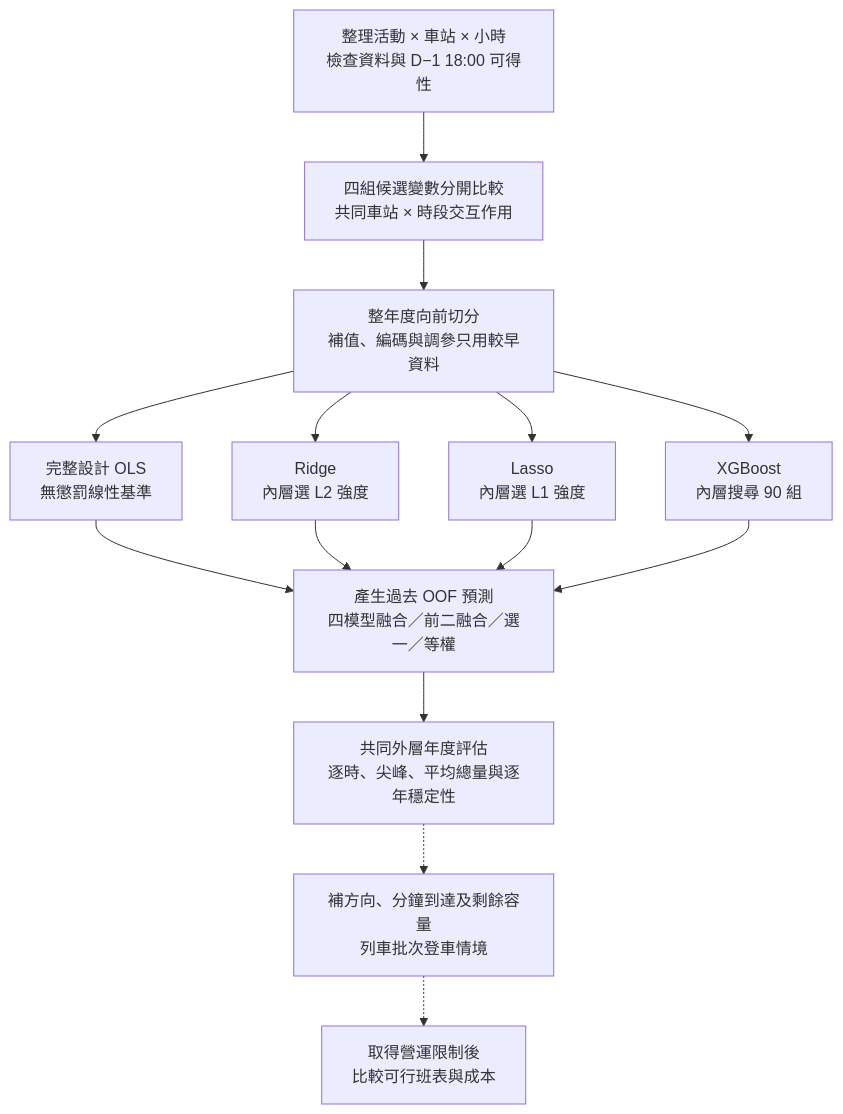
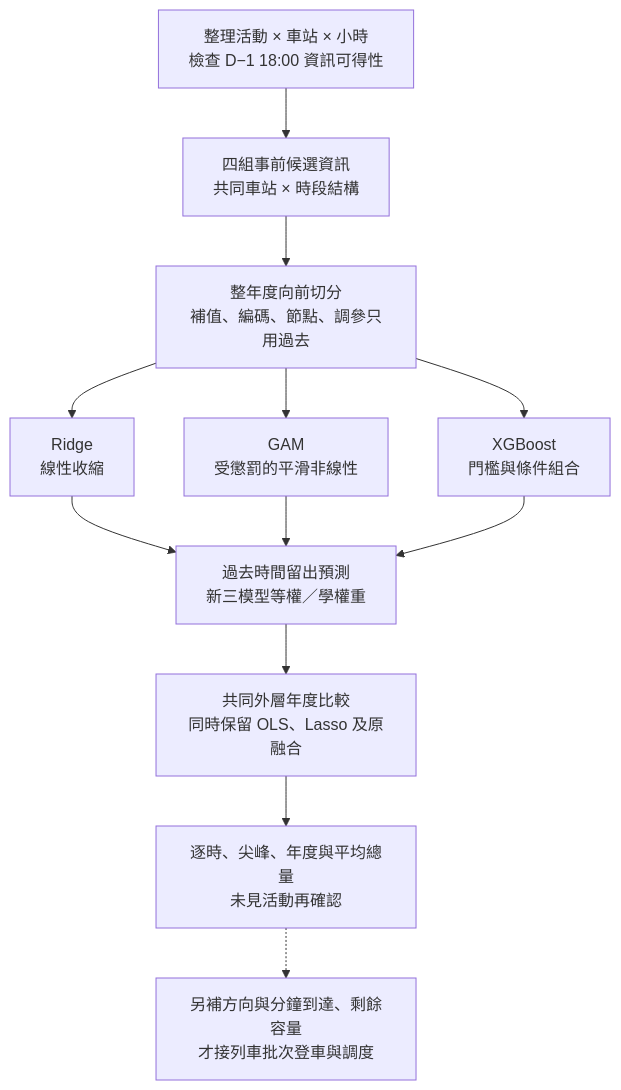
The diagram in README.md (410911316/Statistical-Practice-final), drawn with Mermaid before and after one commit. The commit also changed other lines of this file and 100 other files, not shown here.

````diff
--- a/README.md
+++ b/README.md
@@ -135,18 +136,17 @@
 ```mermaid
 flowchart TD
-    A["整理活動 × 車站 × 小時<br/>檢查資料與 D−1 18:00 可得性"]
-    B["四組候選變數分開比較<br/>共同車站 × 時段交互作用"]
-    C["整年度向前切分<br/>補值、編碼與調參只用較早資料"]
-    D["完整設計 OLS<br/>無懲罰線性基準"]
-    E["Ridge<br/>內層選 L2 強度"]
-    F["Lasso<br/>內層選 L1 強度"]
-    G["XGBoost<br/>內層搜尋 90 組"]
-    H["產生過去 OOF 預測<br/>四模型融合／前二融合／選一／等權"]
-    I["共同外層年度評估<br/>逐時、尖峰、平均總量與逐年穩定性"]
-    J["補方向、分鐘到達及剩餘容量<br/>列車批次登車情境"]
-    K["取得營運限制後<br/>比較可行班表與成本"]
+    A["整理活動 × 車站 × 小時<br/>檢查 D−1 18:00 資訊可得性"]
+    B["四組事前候選資訊<br/>共同車站 × 時段結構"]
+    C["整年度向前切分<br/>補值、編碼、節點、調參只用過去"]
+    D["Ridge<br/>線性收縮"]
+    E["GAM<br/>受懲罰的平滑非線性"]
+    F["XGBoost<br/>門檻與條件組合"]
+    G["過去時間留出預測<br/>新三模型等權／學權重"]
+    H["共同外層年度比較<br/>同時保留 OLS、Lasso 及原融合"]
+    I["逐時、尖峰、年度與平均總量<br/>未見活動再確認"]
+    J["另補方向與分鐘到達、剩餘容量<br/>才接列車批次登車與調度"]
     A --> B --> C
-    C --> D & E & F & G
-    D & E & F & G --> H --> I
-    I -.-> J -.-> K
+    C --> D & E & F
+    D & E & F --> G --> H --> I
+    I -.-> J
 ```
````
